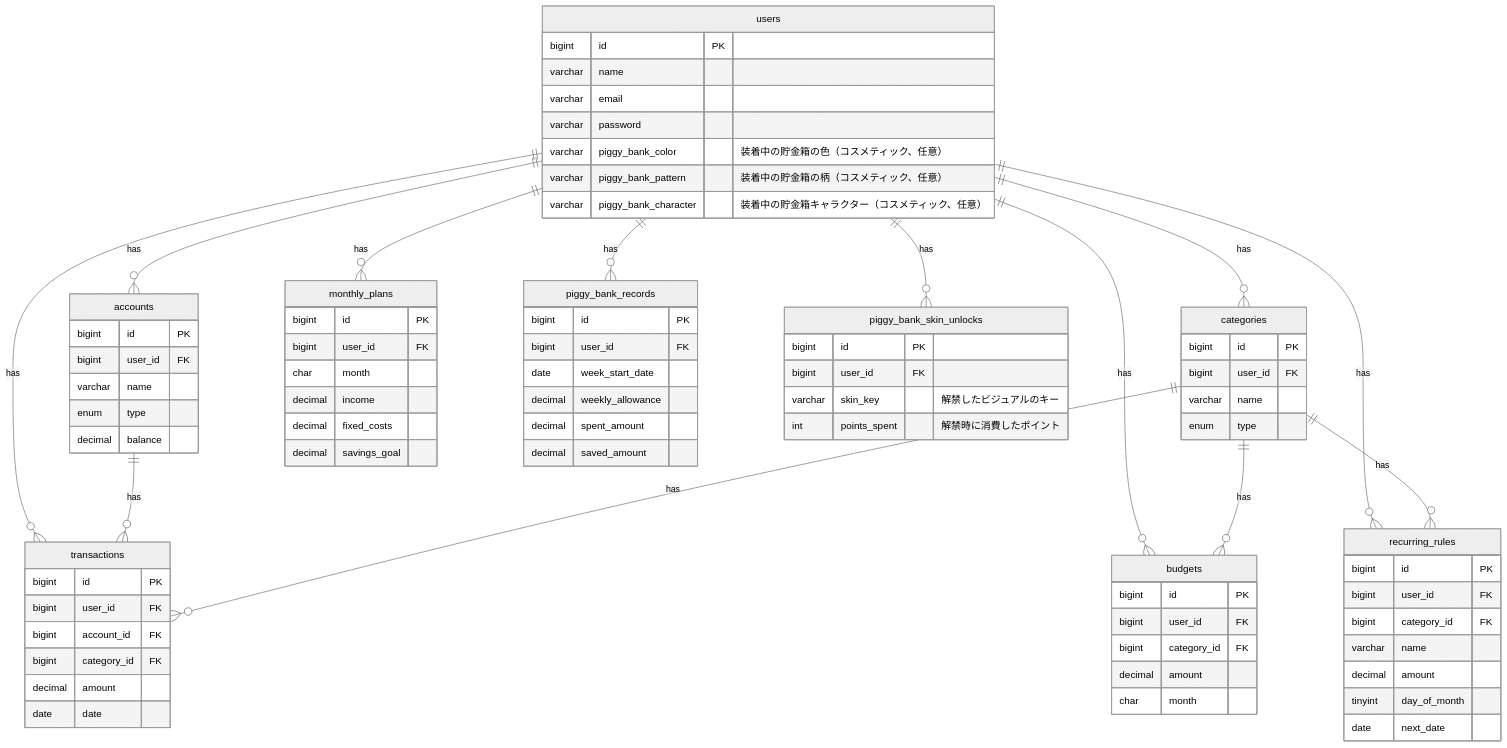
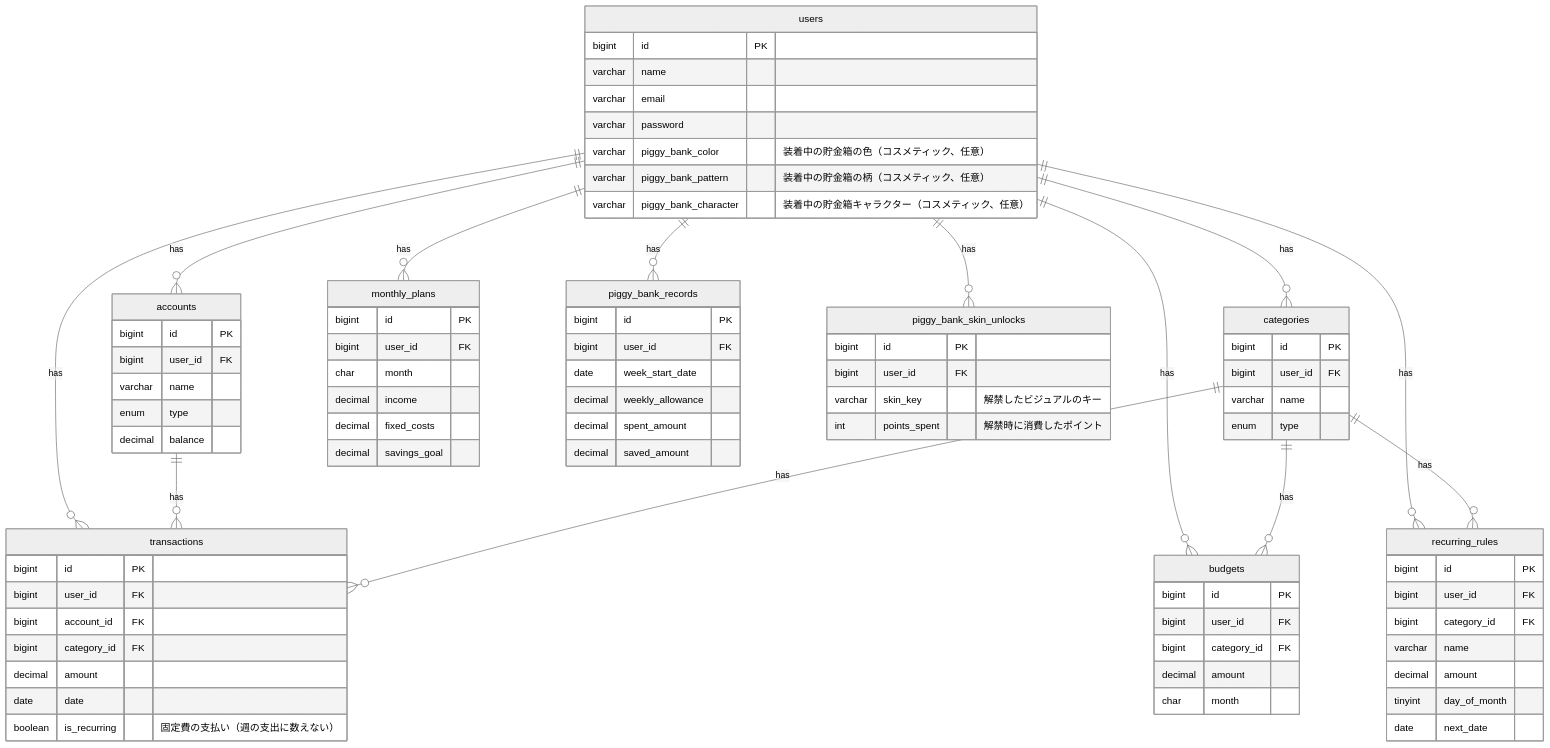
One commit to bny963/kakeibo changed the diagram in README.md. Above: the diagram before and after it, drawn with Mermaid (neutral theme). The commit also changed other lines of this file and 3 other files, not shown here.

```diff
--- a/README.md
+++ b/README.md
@@ -98,6 +131,7 @@
     bigint category_id FK
     decimal amount
     date date
+    boolean is_recurring "固定費の支払い（週の支出に数えない）"
   }
   budgets {
     bigint id PK
```
